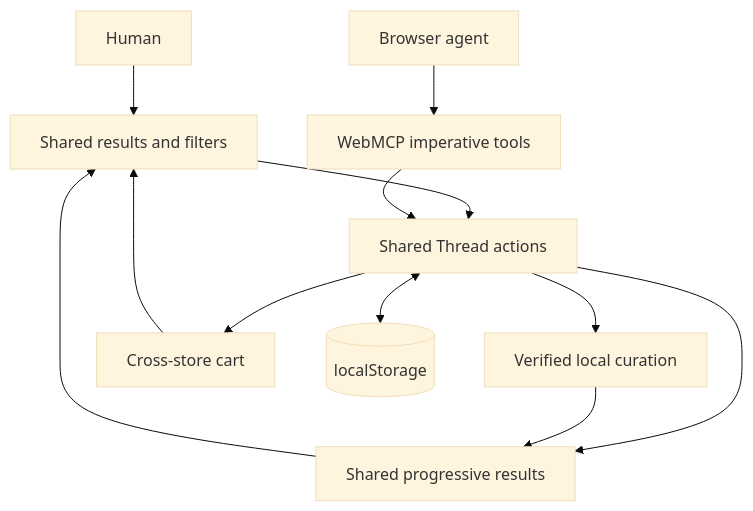
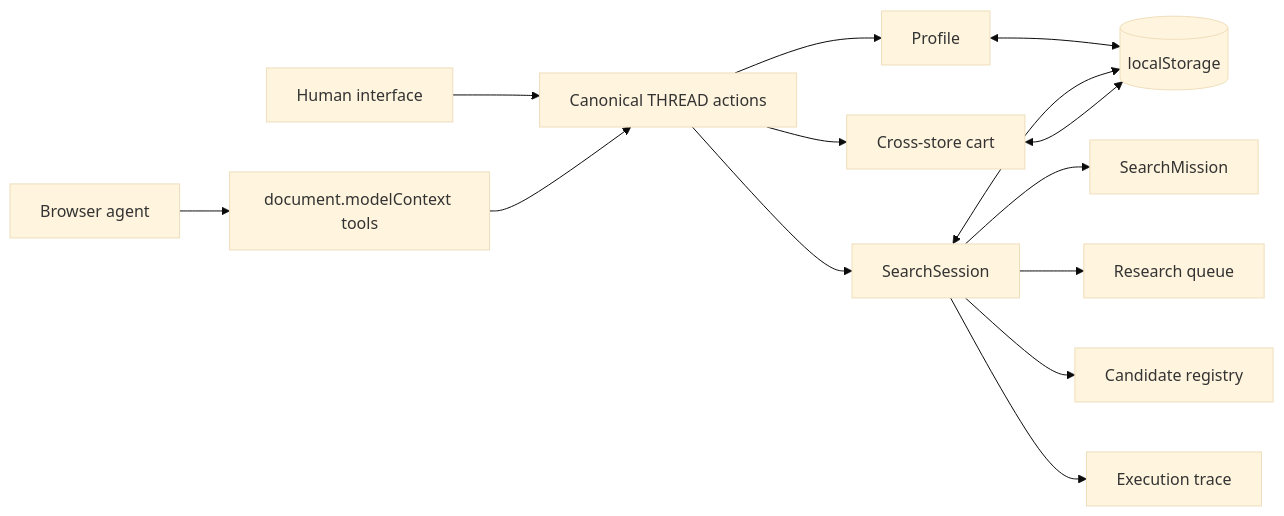
One commit to Chris-Miracle/thread changed the diagram in README.md. Above: the diagram before and after it, drawn with Mermaid (base theme). The commit also changed other lines of this file and 68 other files, not shown here.

First line of the commit message:
feat: add shopping search and profile update tools

````diff
--- a/README.md
+++ b/README.md
@@ -17,14 +15,16 @@
 ```mermaid
-flowchart TD
-  Human[Human] --> HumanUI[Shared results and filters]
-  Agent[Browser agent] --> MCP[WebMCP imperative tools]
-  HumanUI --> Actions[Shared Thread actions]
+flowchart LR
+  Human[Human interface] --> Actions[Canonical THREAD actions]
+  Agent[Browser agent] --> MCP[document.modelContext tools]
   MCP --> Actions
-  Actions --> Curated[Verified local curation]
-  Actions --> Results[Shared progressive results]
+  Actions --> Profile[Profile]
+  Actions --> Session[SearchSession]
+  Session --> Mission[SearchMission]
+  Session --> Queue[Research queue]
+  Session --> Registry[Candidate registry]
+  Session --> Trace[Execution trace]
   Actions --> Cart[Cross-store cart]
-  Curated --> Results
-  Results --> HumanUI
-  Cart --> HumanUI
-  Actions <--> Storage[(localStorage)]
+  Profile <--> Storage[(localStorage)]
+  Session <--> Storage
+  Cart <--> Storage
 ```
````
